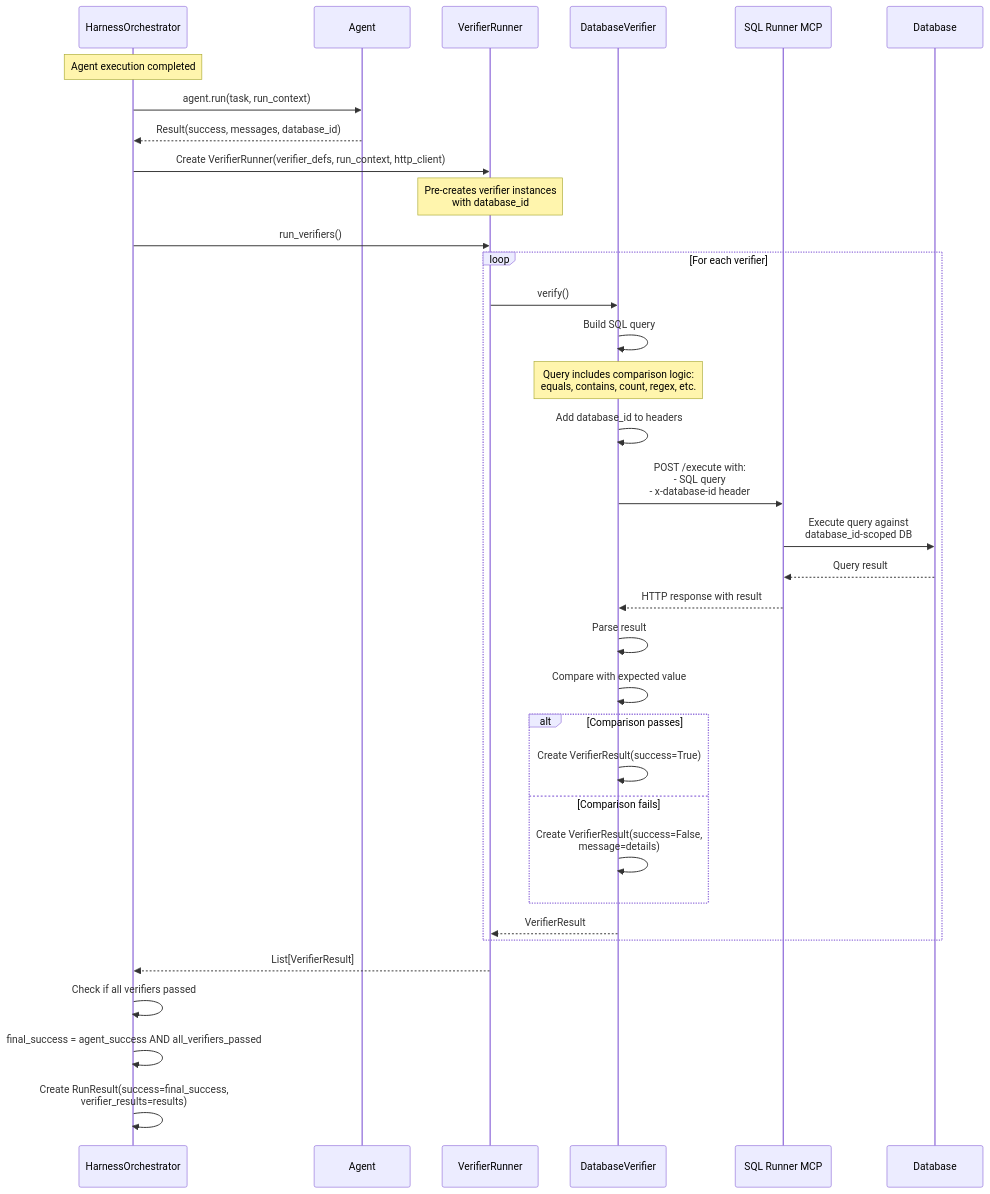
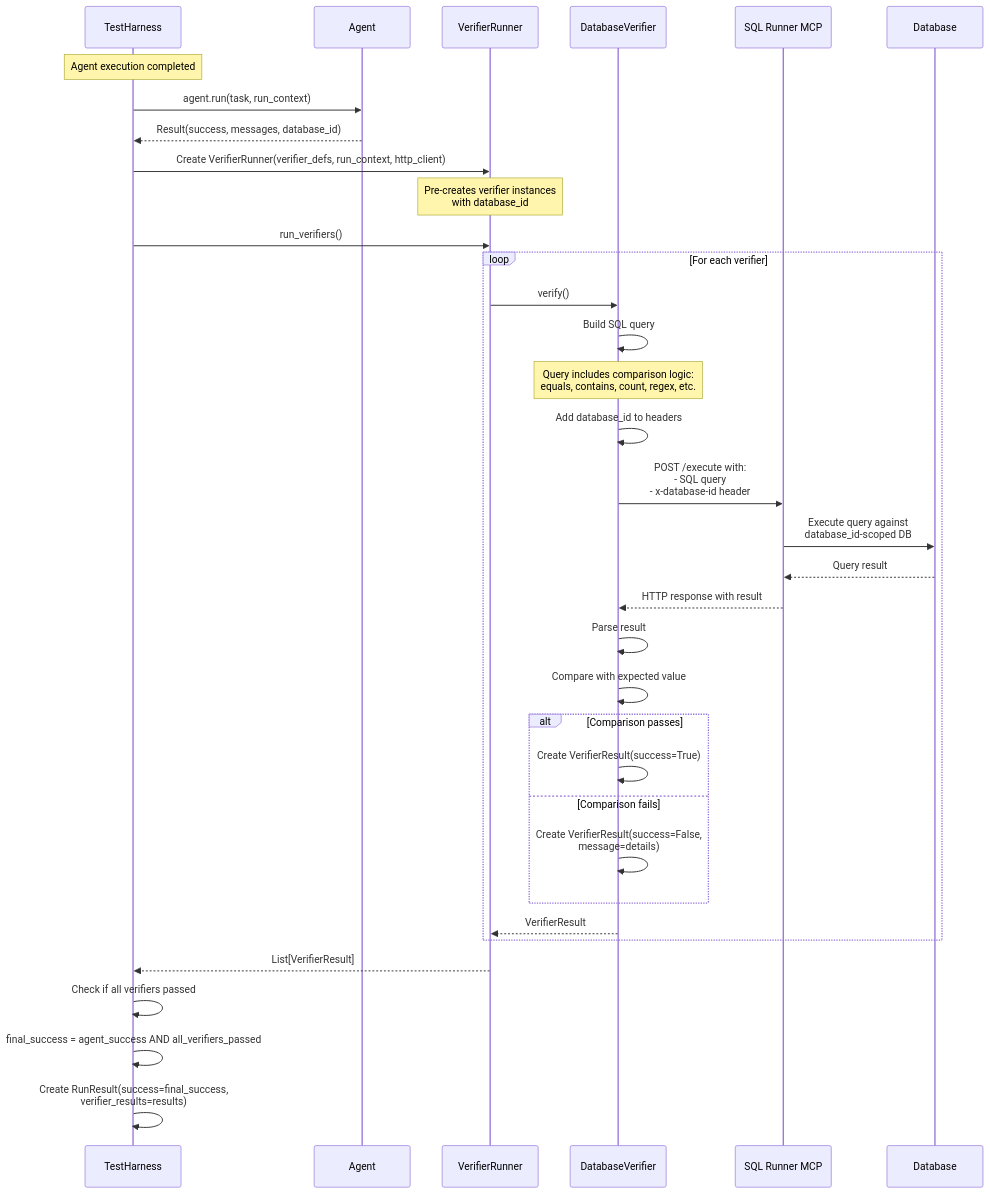
Before and after one commit to priyamturing/agent_harness: the fourth of 4 diagrams in SDK_ARCHITECTURE.md, drawn with Mermaid. The commit also changed other lines of this file and 90 other files, not shown here.

````diff
--- a/SDK_ARCHITECTURE.md
+++ b/SDK_ARCHITECTURE.md
@@ -426,54 +426,54 @@
 ```mermaid
 sequenceDiagram
-    participant Harness as HarnessOrchestrator
+    participant Harness as TestHarness
     participant Agent
     participant VerifierRunner
     participant DatabaseVerifier
     participant SQLRunner as SQL Runner MCP
     participant Database
 
     Note over Harness: Agent execution completed
 
     Harness->>Agent: agent.run(task, run_context)
     Agent-->>Harness: Result(success, messages, database_id)
     
     Harness->>VerifierRunner: Create VerifierRunner(verifier_defs, run_context, http_client)
     
     Note over VerifierRunner: Pre-creates verifier instances<br/>with database_id
     
     Harness->>VerifierRunner: run_verifiers()
     
     loop For each verifier
         VerifierRunner->>DatabaseVerifier: verify()
         
         DatabaseVerifier->>DatabaseVerifier: Build SQL query
         Note over DatabaseVerifier: Query includes comparison logic:<br/>equals, contains, count, regex, etc.
         
         DatabaseVerifier->>DatabaseVerifier: Add database_id to headers
         
         DatabaseVerifier->>SQLRunner: POST /execute with:<br/>- SQL query<br/>- x-database-id header
         
         SQLRunner->>Database: Execute query against<br/>database_id-scoped DB
         Database-->>SQLRunner: Query result
         
         SQLRunner-->>DatabaseVerifier: HTTP response with result
         
         DatabaseVerifier->>DatabaseVerifier: Parse result
         DatabaseVerifier->>DatabaseVerifier: Compare with expected value
         
         alt Comparison passes
             DatabaseVerifier->>DatabaseVerifier: Create VerifierResult(success=True)
         else Comparison fails
             DatabaseVerifier->>DatabaseVerifier: Create VerifierResult(success=False,<br/>message=details)
         end
         
         DatabaseVerifier-->>VerifierRunner: VerifierResult
     end
     
     VerifierRunner-->>Harness: List[VerifierResult]
     
     Harness->>Harness: Check if all verifiers passed
     Harness->>Harness: final_success = agent_success AND all_verifiers_passed
     
     Harness->>Harness: Create RunResult(success=final_success,<br/>verifier_results=results)
 ```
````
